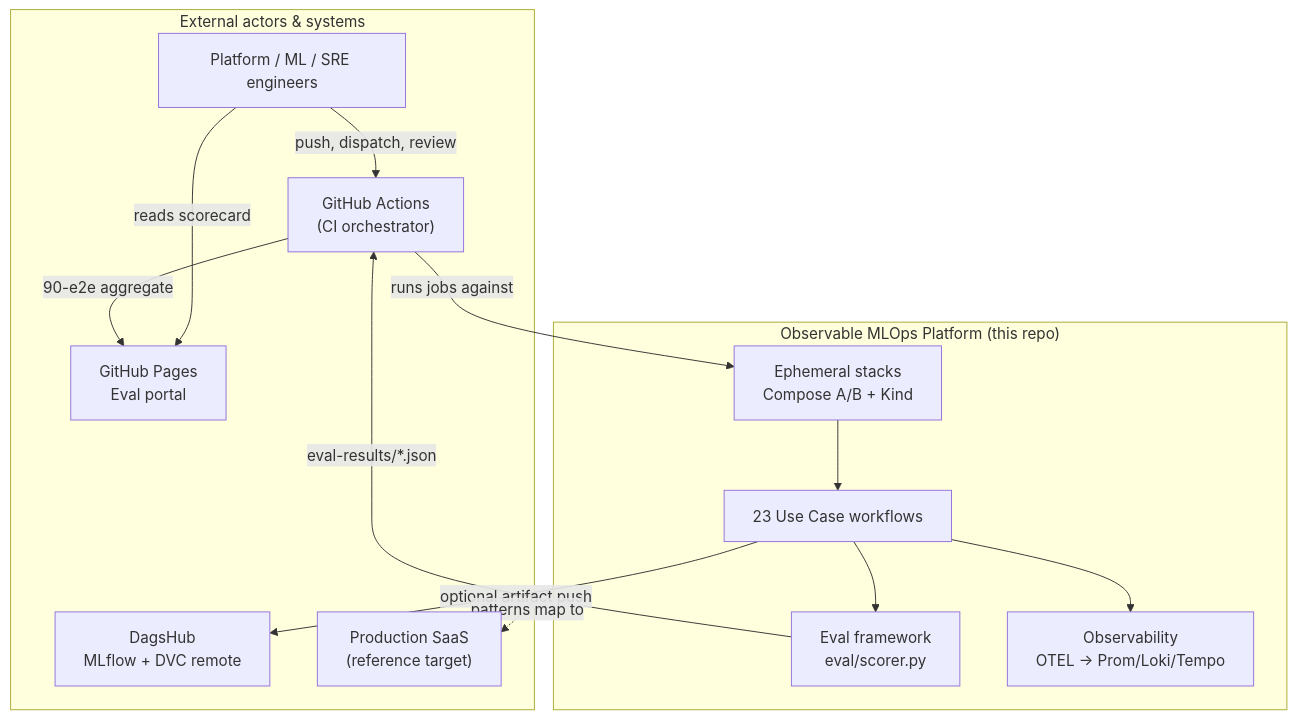
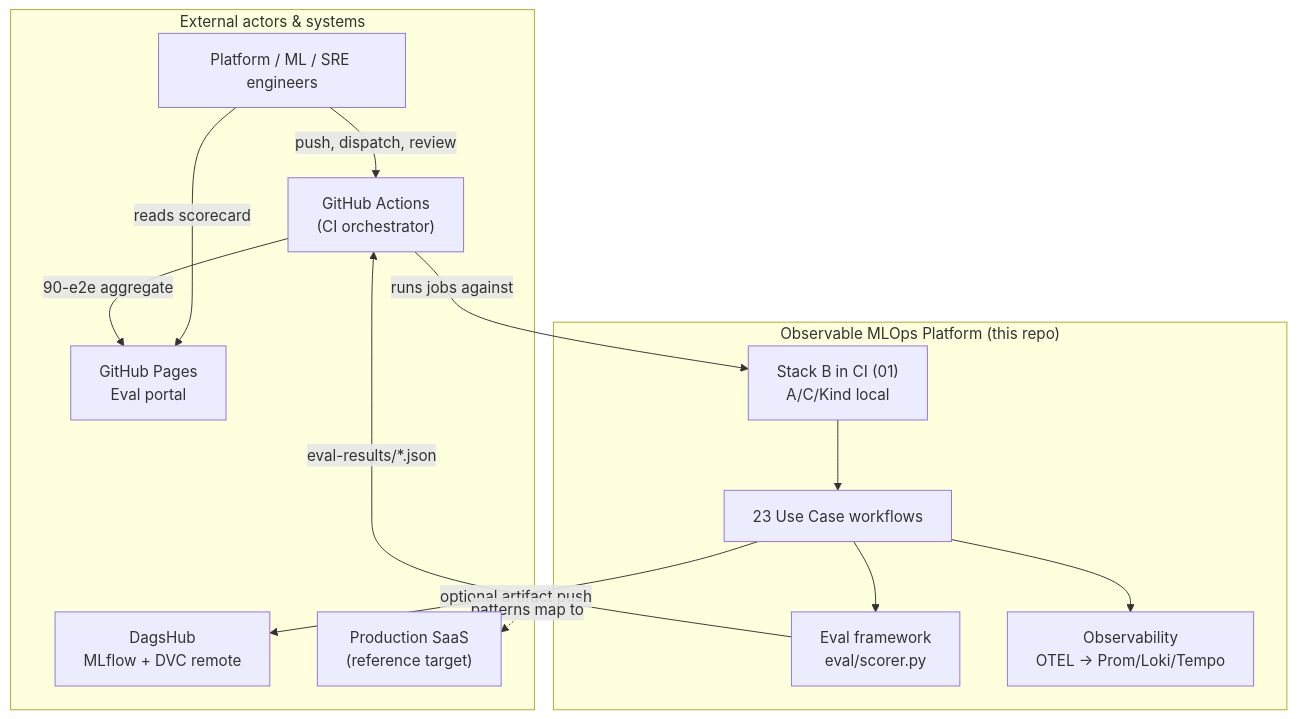
Diagram 21 of 55 in README.md (sanjeev0120test/observable-mlops-platform), drawn with Mermaid before and after one commit. The commit also changed other lines of this file, not shown here.

First line of the commit message:
README pass 4: remove last Kind-in-CI overstatements in diagrams and tables.

````diff
--- a/README.md
+++ b/README.md
@@ -1836,28 +1836,28 @@
 ```mermaid
 flowchart TB
     subgraph External["External actors & systems"]
         ENG["Platform / ML / SRE engineers"]
         GHA["GitHub Actions<br/>(CI orchestrator)"]
         DH["DagsHub<br/>MLflow + DVC remote"]
         GP["GitHub Pages<br/>Eval portal"]
         PROD["Production SaaS<br/>(reference target)"]
     end
 
     subgraph Platform["Observable MLOps Platform (this repo)"]
         UC["23 Use Case workflows"]
         EV["Eval framework<br/>eval/scorer.py"]
-        ST["Ephemeral stacks<br/>Compose A/B + Kind"]
+        ST["Stack B in CI (01)<br/>A/C/Kind local"]
         OB["Observability<br/>OTEL → Prom/Loki/Tempo"]
     end
 
     ENG -->|"push, dispatch, review"| GHA
     GHA -->|"runs jobs against"| ST
     ST --> UC
     UC --> EV
     UC --> OB
     UC -->|"optional artifact push"| DH
     EV -->|"eval-results/*.json"| GHA
     GHA -->|"90-e2e aggregate"| GP
     ENG -->|"reads scorecard"| GP
     Platform -.->|"patterns map to"| PROD
 ```
````
